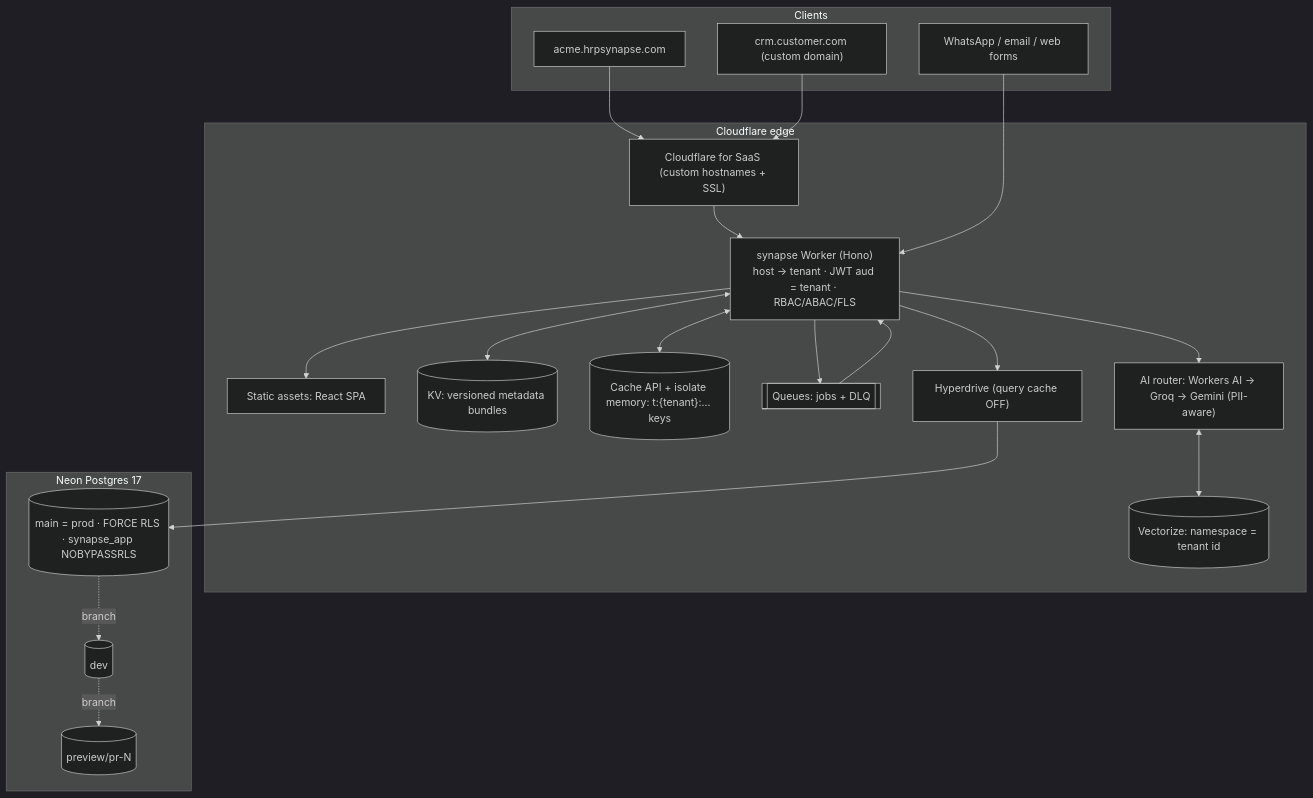
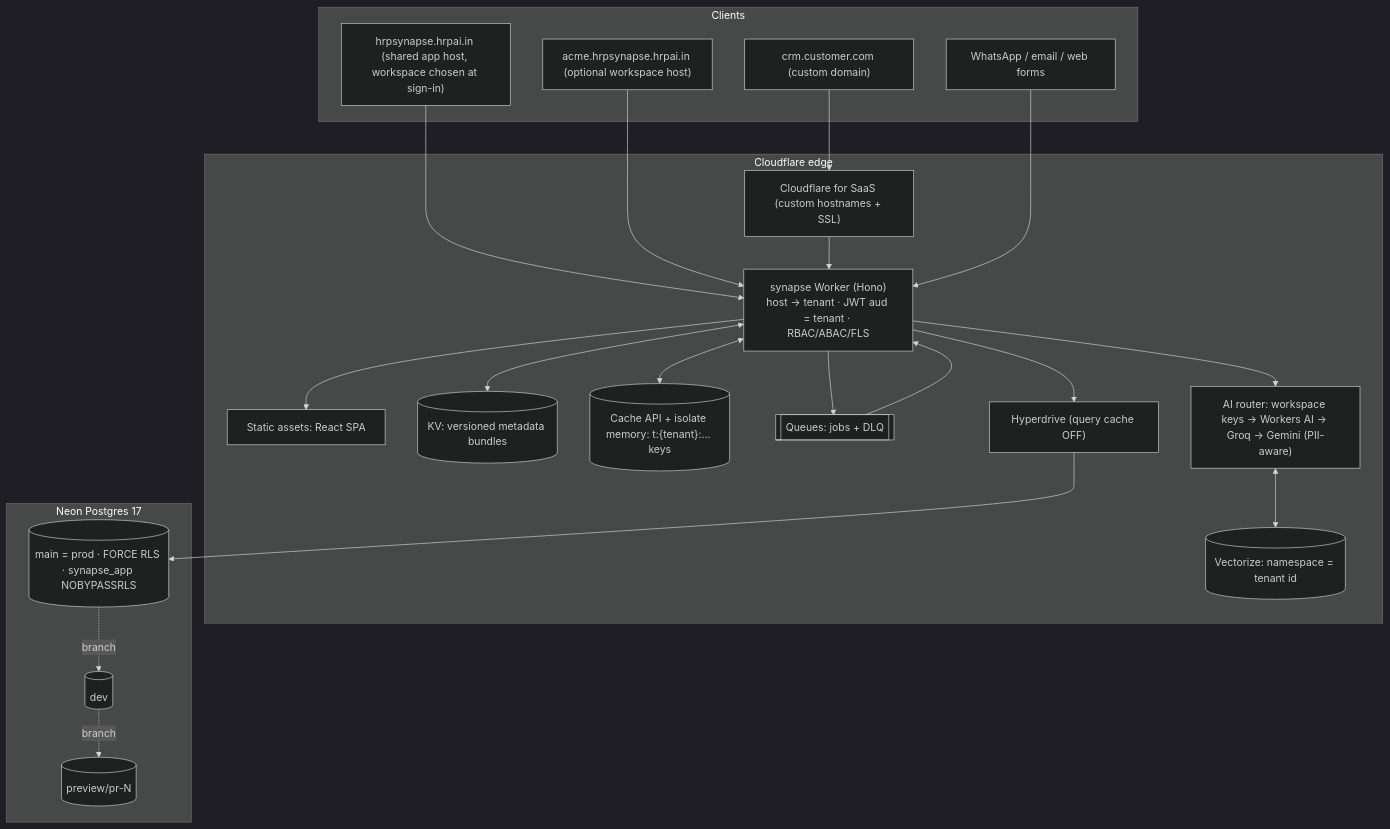
Before and after one commit to HRP-AI-LLP/hrp-crm: the first of 2 diagrams in docs/ARCHITECTURE.md, drawn with Mermaid (dark theme). The commit also changed other lines of this file and 22 other files, not shown here.

First line of the commit message:
Domains on hrpai.in and per-workspace AI provider keys

````diff
--- a/docs/ARCHITECTURE.md
+++ b/docs/ARCHITECTURE.md
@@ -5,32 +5,34 @@
 ```mermaid
 flowchart TB
   subgraph Clients
-    A1["acme.hrpsynapse.com"]
+    A0["hrpsynapse.hrpai.in (shared app host, workspace chosen at sign-in)"]
+    A1["acme.hrpsynapse.hrpai.in (optional workspace host)"]
     A2["crm.customer.com (custom domain)"]
     A3["WhatsApp / email / web forms"]
   end
   subgraph CF["Cloudflare edge"]
     SAAS["Cloudflare for SaaS (custom hostnames + SSL)"]
     GW["synapse Worker (Hono)<br/>host → tenant · JWT aud = tenant · RBAC/ABAC/FLS"]
     SPA["Static assets: React SPA"]
     KV[("KV: versioned metadata bundles")]
     CA[("Cache API + isolate memory: t:{tenant}:… keys")]
     Q[["Queues: jobs + DLQ"]]
-    AI["AI router: Workers AI → Groq → Gemini (PII-aware)"]
+    AI["AI router: workspace keys → Workers AI → Groq → Gemini (PII-aware)"]
     VEC[("Vectorize: namespace = tenant id")]
     HD["Hyperdrive (query cache OFF)"]
   end
   subgraph Neon["Neon Postgres 17"]
     MAIN[("main = prod · FORCE RLS · synapse_app NOBYPASSRLS")]
     DEV[("dev")]
     PR[("preview/pr-N")]
   end
-  A1 & A2 --> SAAS --> GW
+  A0 & A1 --> GW
+  A2 --> SAAS --> GW
   A3 --> GW
   GW --> SPA
   GW <--> KV & CA
   GW --> HD --> MAIN
   GW --> Q --> GW
   GW --> AI <--> VEC
   MAIN -.branch.-> DEV -.branch.-> PR
 ```
````
